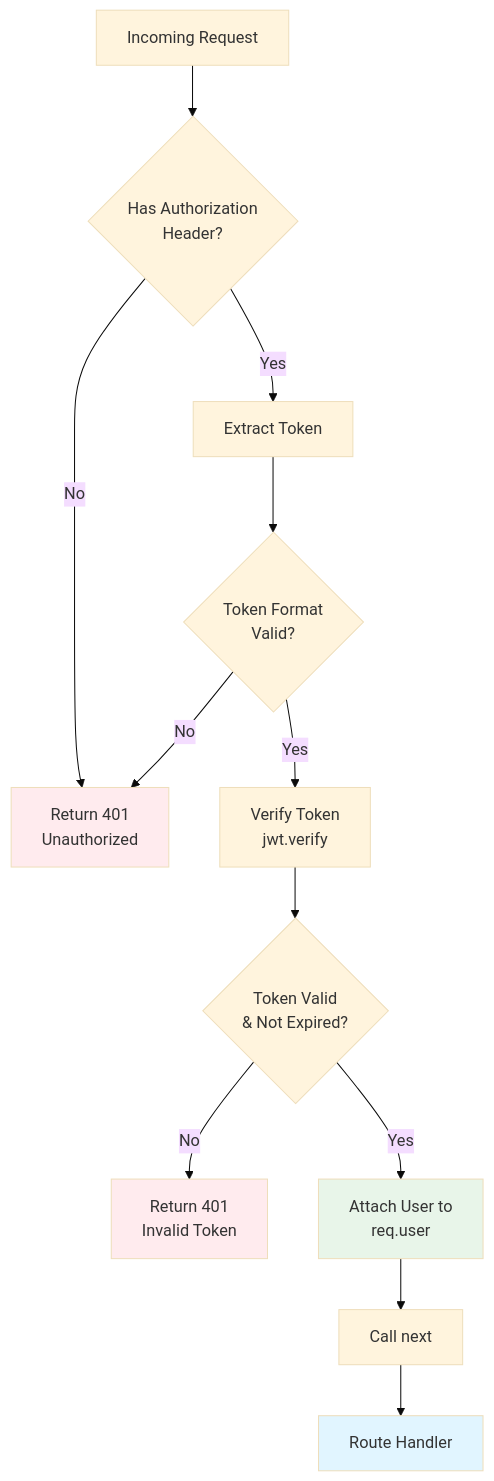
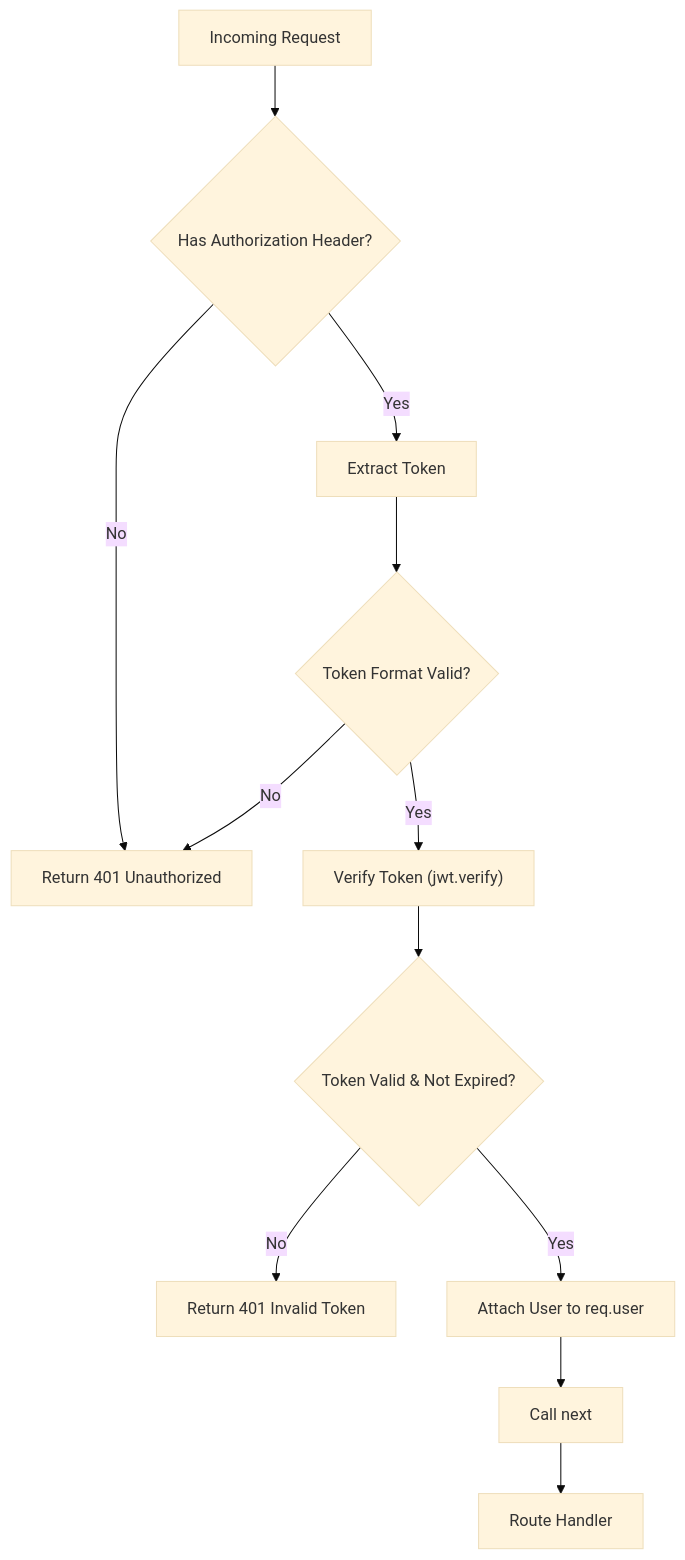
The third of 6 diagrams in level-04-authentication-security/lesson-01-jwt-authentication-ENHANCED-EXAMPLE.md (N-Dave-08/fs-course-backend), drawn with Mermaid (base theme) before and after one commit. The commit also changed other lines of this file and 7 other files, not shown here.

````diff
--- a/level-04-authentication-security/lesson-01-jwt-authentication-ENHANCED-EXAMPLE.md
+++ b/level-04-authentication-security/lesson-01-jwt-authentication-ENHANCED-EXAMPLE.md
@@ -399,19 +410,14 @@
 ```mermaid
 graph TD
-    A[Incoming Request] --> B{Has Authorization<br/>Header?}
-    B -->|No| C[Return 401<br/>Unauthorized]
+    A[Incoming Request] --> B{"Has Authorization Header?"}
+    B -->|No| C["Return 401 Unauthorized"]
     B -->|Yes| D[Extract Token]
-    D --> E{Token Format<br/>Valid?}
+    D --> E{"Token Format Valid?"}
     E -->|No| C
-    E -->|Yes| F[Verify Token<br/>jwt.verify]
-    F --> G{Token Valid<br/>& Not Expired?}
-    G -->|No| H[Return 401<br/>Invalid Token]
-    G -->|Yes| I[Attach User to<br/>req.user]
+    E -->|Yes| F["Verify Token (jwt.verify)"]
+    F --> G{"Token Valid & Not Expired?"}
+    G -->|No| H["Return 401 Invalid Token"]
+    G -->|Yes| I["Attach User to req.user"]
     I --> J[Call next]
     J --> K[Route Handler]
-    
-    style C fill:#ffebee
-    style H fill:#ffebee
-    style I fill:#e8f5e9
-    style K fill:#e1f5ff
 ```
````
